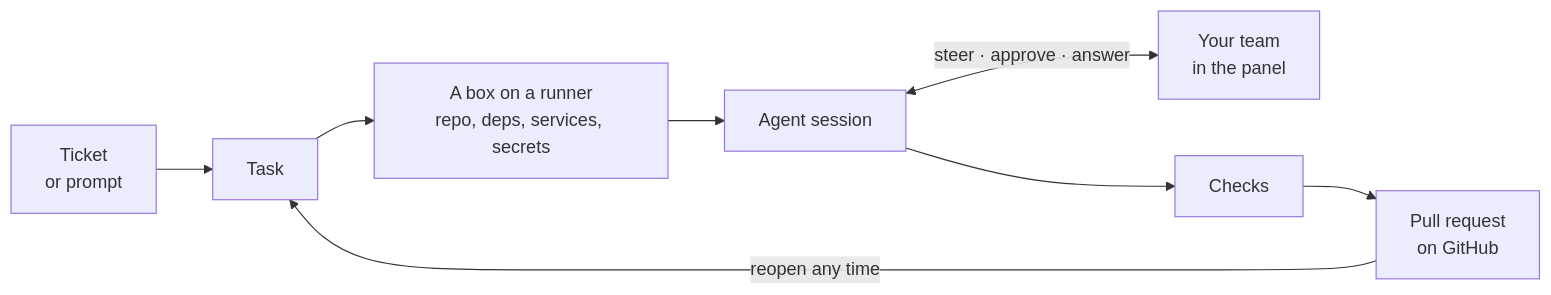
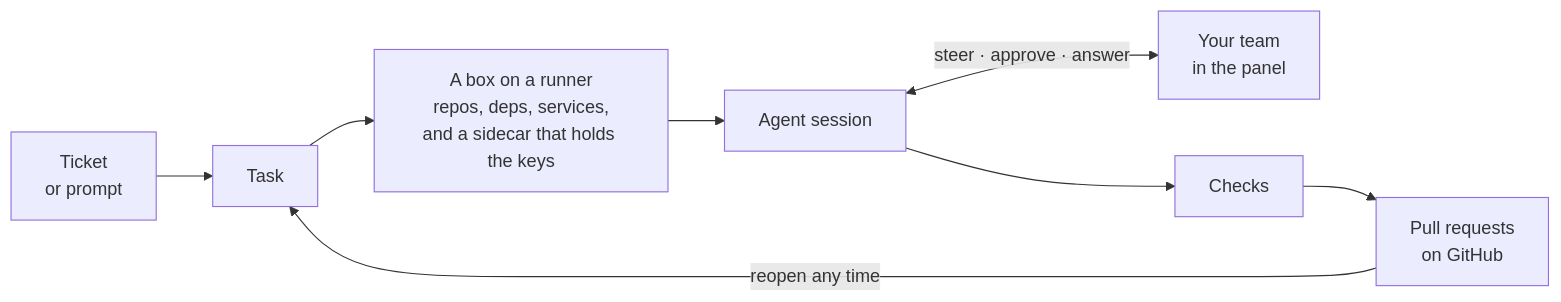
Before and after one commit to JoeyKhd/ostra: the diagram in README.md, drawn with Mermaid. The commit also changed other lines of this file and 54 other files, not shown here.

````diff
--- a/README.md
+++ b/README.md
@@ -28,10 +28,10 @@
 ```mermaid
 flowchart LR
     T["Ticket<br/>or prompt"] --> K["Task"]
-    K --> B["A box on a runner<br/>repo, deps, services, secrets"]
+    K --> B["A box on a runner<br/>repos, deps, services,<br/>and a sidecar that holds the keys"]
     B --> A["Agent session"]
     A <-->|"steer · approve · answer"| P["Your team<br/>in the panel"]
     A --> C["Checks"]
-    C --> R["Pull request<br/>on GitHub"]
+    C --> R["Pull requests<br/>on GitHub"]
     R -->|"reopen any time"| K
 ```
````
